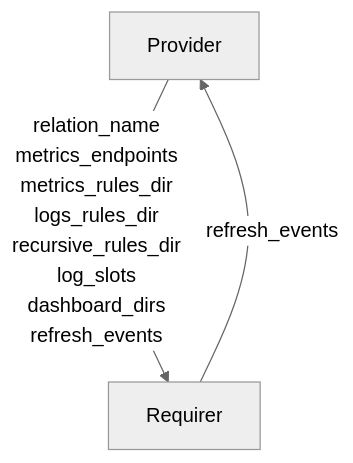
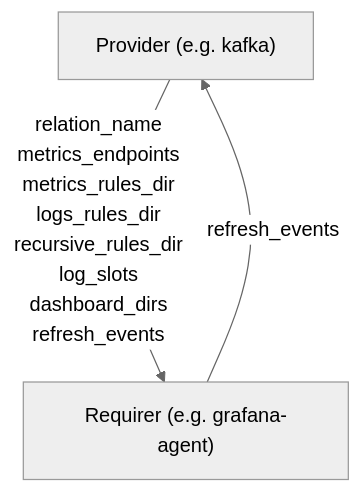
The diagram in interfaces/cos_agent/v0/README.md (canonical/charm-relation-interfaces), drawn with Mermaid (neutral theme) before and after one commit. The commit also changed other lines of this file and 2 other files, not shown here.

````diff
--- a/interfaces/cos_agent/v0/README.md
+++ b/interfaces/cos_agent/v0/README.md
@@ -11,12 +12,12 @@
 ```mermaid
 flowchart TD
-    Provider -- "relation_name
+    Provider["Provider (e.g. kafka)"] -- "relation_name
     metrics_endpoints
     metrics_rules_dir
     logs_rules_dir
     recursive_rules_dir
     log_slots
     dashboard_dirs
     refresh_events" --> Requirer
-    Requirer -- refresh_events --> Provider
+    Requirer["Requirer (e.g. grafana-agent)"] -- refresh_events --> Provider
 ```
````
